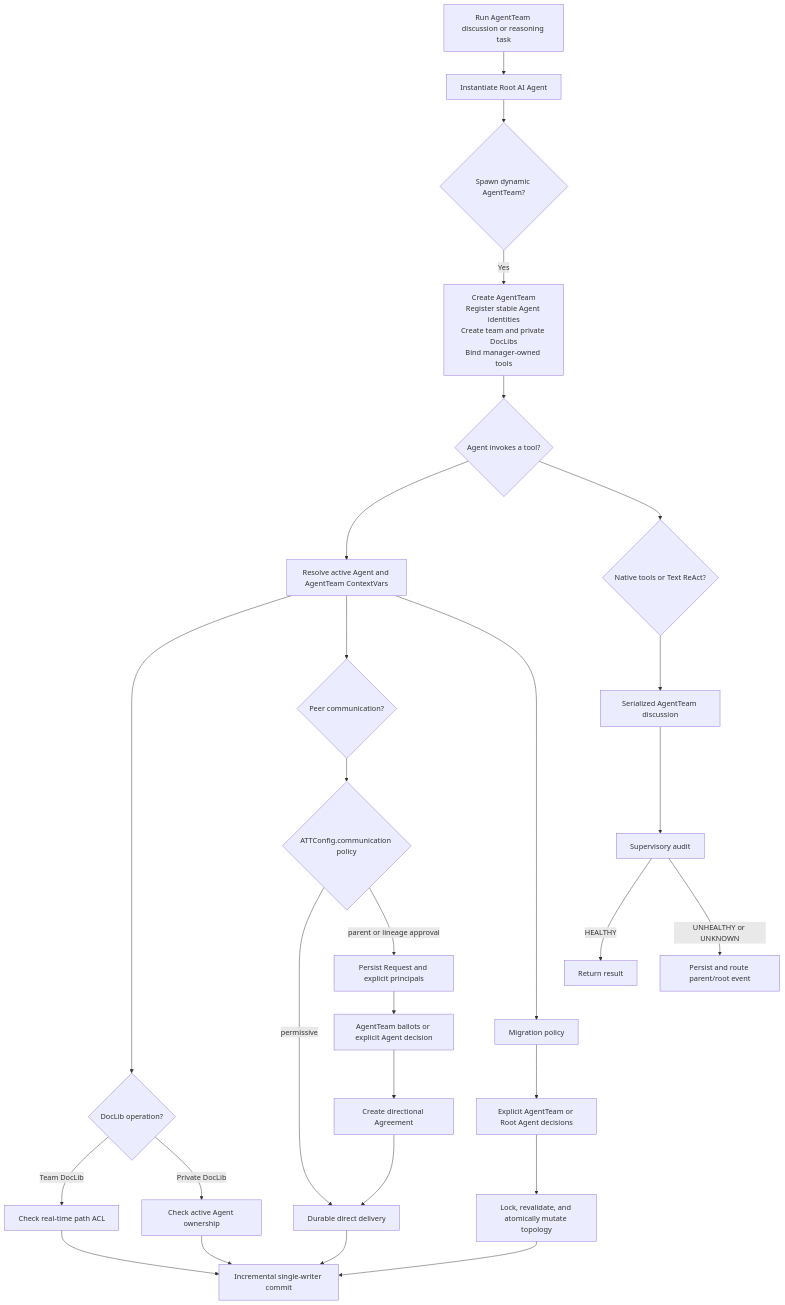
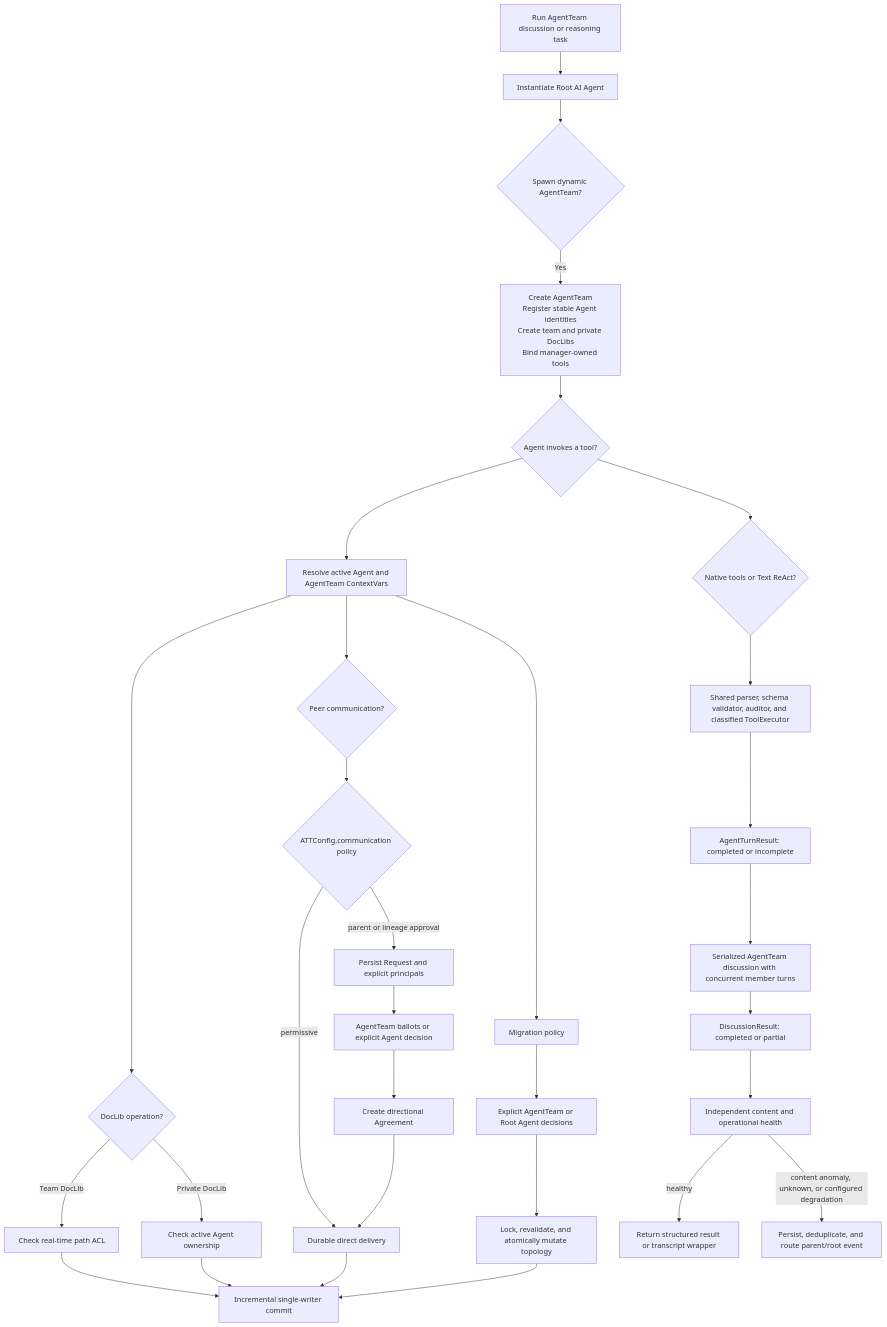
The diagram in docs/flowcharts/README.md (AI-Team-Team/AI-Team-Team), drawn with Mermaid before and after one commit. The commit also changed 38 other files, not shown here.

First line of the commit message:
feat(tooling): harden tool execution and isolate member failures

````diff
--- a/docs/flowcharts/README.md
+++ b/docs/flowcharts/README.md
@@ -18,30 +18,33 @@
 ```mermaid
 flowchart TD
     Task["Run AgentTeam discussion or reasoning task"] --> Root["Instantiate Root AI Agent"]
     Root --> Spawn{"Spawn dynamic AgentTeam?"}
     Spawn -- "Yes" --> Identity["Create AgentTeam<br/>Register stable Agent identities<br/>Create team and private DocLibs<br/>Bind manager-owned tools"]
     Identity --> ToolCall{"Agent invokes a tool?"}
     ToolCall --> Context["Resolve active Agent and AgentTeam ContextVars"]
     Context --> Files{"DocLib operation?"}
     Files -- "Team DocLib" --> ACL["Check real-time path ACL"]
     Files -- "Private DocLib" --> Owner["Check active Agent ownership"]
     ACL --> Persist["Incremental single-writer commit"]
     Owner --> Persist
     Context --> Peer{"Peer communication?"}
     Peer --> CommPolicy{"ATTConfig.communication policy"}
     CommPolicy -- "permissive" --> Delivery["Durable direct delivery"]
     CommPolicy -- "parent or lineage approval" --> Request["Persist Request and explicit principals"]
     Request --> Decision["AgentTeam ballots or explicit Agent decision"]
     Decision --> Agreement["Create directional Agreement"]
     Agreement --> Delivery
     Delivery --> Persist
     Context --> Migration["Migration policy"]
     Migration --> Governance["Explicit AgentTeam or Root Agent decisions"]
     Governance --> Topology["Lock, revalidate, and atomically mutate topology"]
     Topology --> Persist
     ToolCall --> Strategy{"Native tools or Text ReAct?"}
-    Strategy --> Discussion["Serialized AgentTeam discussion"]
-    Discussion --> Audit["Supervisory audit"]
-    Audit -- "HEALTHY" --> Done["Return result"]
-    Audit -- "UNHEALTHY or UNKNOWN" --> Escalate["Persist and route parent/root event"]
+    Strategy --> Executor["Shared parser, schema validator, auditor, and classified ToolExecutor"]
+    Executor --> Turn["AgentTurnResult: completed or incomplete"]
+    Turn --> Discussion["Serialized AgentTeam discussion with concurrent member turns"]
+    Discussion --> Detailed["DiscussionResult: completed or partial"]
+    Detailed --> Audit["Independent content and operational health"]
+    Audit -- "healthy" --> Done["Return structured result or transcript wrapper"]
+    Audit -- "content anomaly, unknown, or configured degradation" --> Escalate["Persist, deduplicate, and route parent/root event"]
 ```
````
